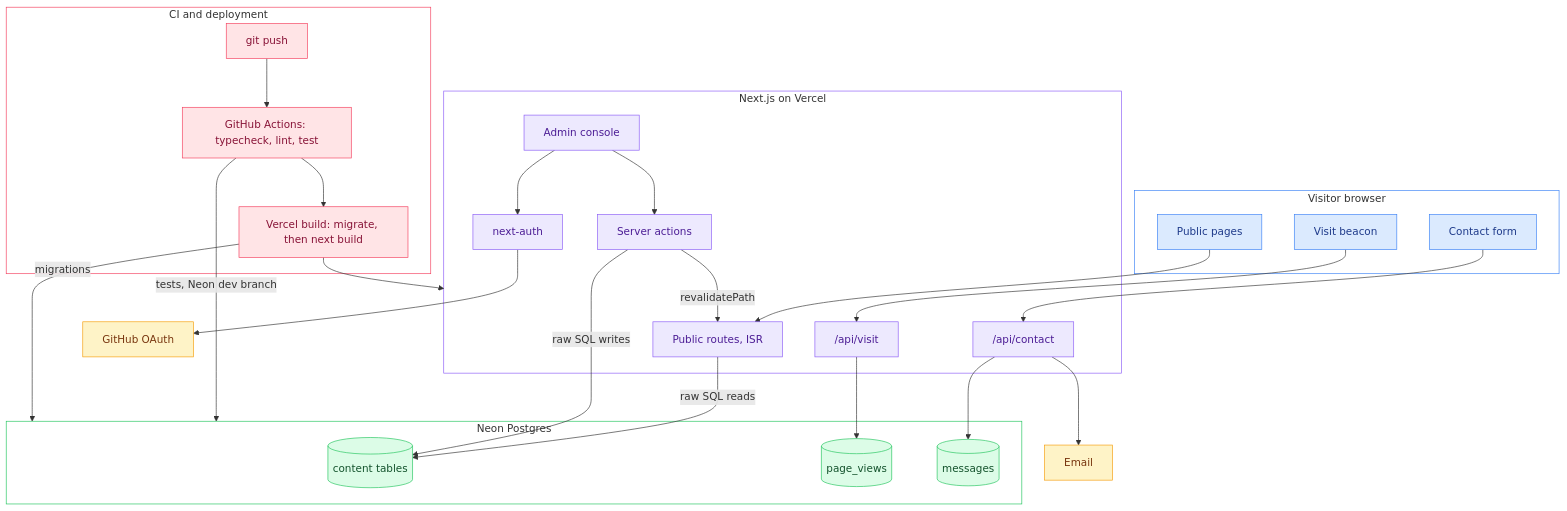
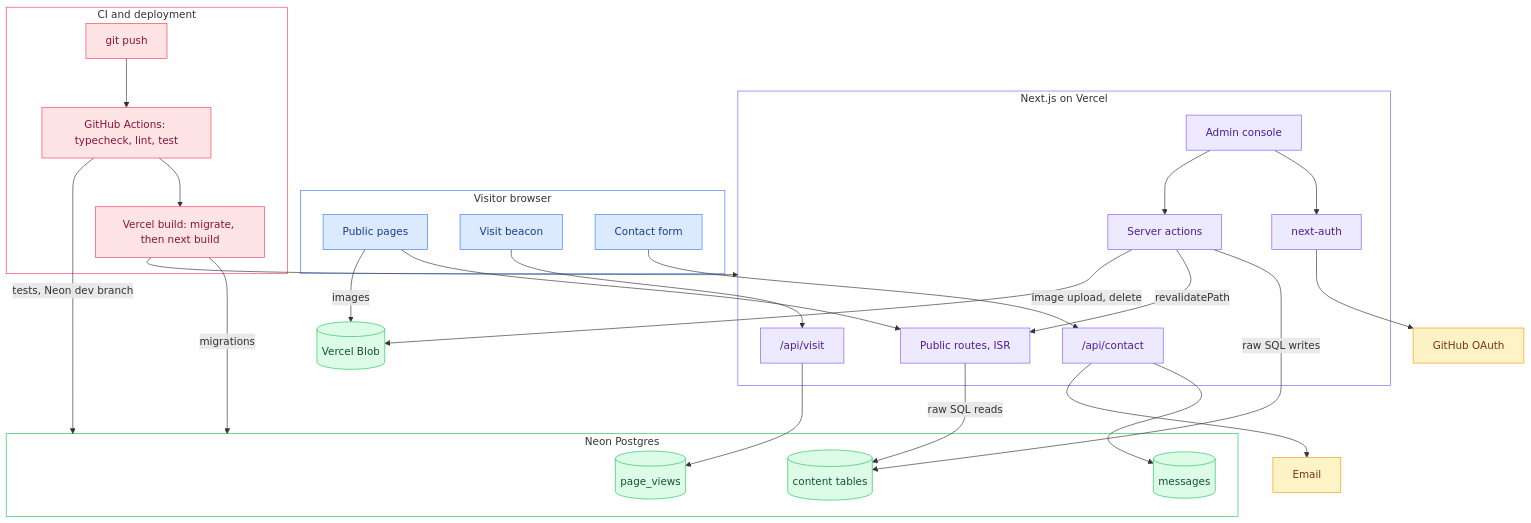
One commit to jsduxie/jamesduxbury-dot-com changed the diagram in README.md. Above: the diagram before and after it, drawn with Mermaid. The commit also changed other lines of this file, not shown here.

Commit message:
docs(readme): image storage explanation and diagram

````diff
--- a/README.md
+++ b/README.md
@@ -18,64 +19,67 @@
 ```mermaid
 flowchart TB
     subgraph browser [Visitor browser]
         pages[Public pages]
         beacon[Visit beacon]
         form[Contact form]
     end
 
     subgraph vercel [Next.js on Vercel]
         isr[Public routes, ISR]
         visit["/api/visit"]
         contact["/api/contact"]
         admin[Admin console]
         actions[Server actions]
         auth[next-auth]
     end
 
     subgraph neon [Neon Postgres]
         content[(content tables)]
         views[(page_views)]
         messages[(messages)]
     end
 
     subgraph cicd [CI and deployment]
         push[git push]
         ci[GitHub Actions: typecheck, lint, test]
         deploy[Vercel build: migrate, then next build]
     end
 
     github[GitHub OAuth]
     email[Email]
+    blob[(Vercel Blob)]
 
     pages --> isr
     isr -- raw SQL reads --> content
     beacon --> visit --> views
     form --> contact
     contact --> messages
     contact --> email
     admin --> auth --> github
     admin --> actions
     actions -- raw SQL writes --> content
     actions -- revalidatePath --> isr
+    actions -- image upload, delete --> blob
+    pages -- images --> blob
 
     push --> ci
     ci -- tests, Neon dev branch --> neon
     ci --> deploy
     deploy -- migrations --> neon
     deploy --> vercel
 
     classDef client fill:#dbeafe,stroke:#3b82f6,color:#1e3a8a
     classDef app fill:#ede9fe,stroke:#8b5cf6,color:#4c1d95
     classDef db fill:#dcfce7,stroke:#22c55e,color:#14532d
     classDef ext fill:#fef3c7,stroke:#f59e0b,color:#78350f
     classDef ops fill:#ffe4e6,stroke:#f43f5e,color:#881337
     class pages,beacon,form client
     class isr,visit,contact,admin,actions,auth app
-    class content,views,messages db
+    class content,views,messages,blob db
     class github,email ext
     class push,ci,deploy ops
     style browser fill:none,stroke:#3b82f6
     style vercel fill:none,stroke:#8b5cf6
     style neon fill:none,stroke:#22c55e
     style cicd fill:none,stroke:#f43f5e
 ```
````
